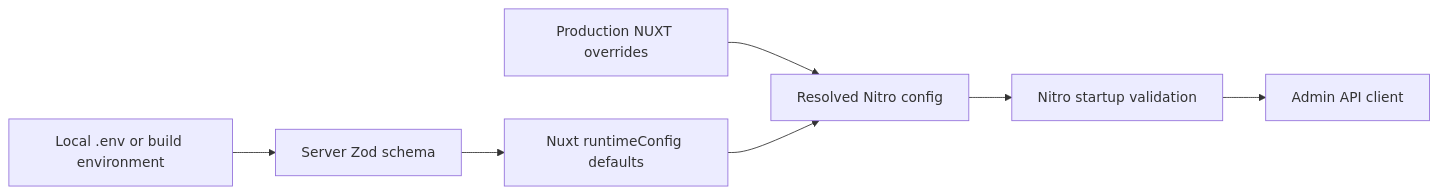
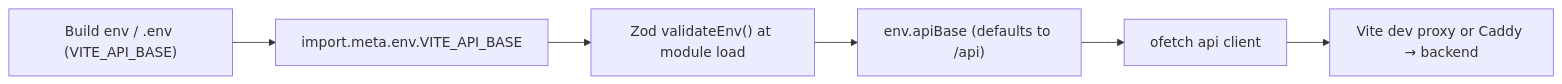
Before and after one commit to johnakisk0700/slopform: the diagram in docs/frontend.md, drawn with Mermaid. The commit also changed other lines of this file and 96 other files, not shown here.

First line of the commit message:
feat: replace the Nuxt admin with a React, HeroUI and Tailwind SPA

````diff
--- a/docs/frontend.md
+++ b/docs/frontend.md
@@ -123,9 +152,8 @@
 ```mermaid
 flowchart LR
-  local["Local .env or build environment"] --> build["Server Zod schema"]
-  build --> config["Nuxt runtimeConfig defaults"]
-  runtime["Production NUXT overrides"] --> resolved["Resolved Nitro config"]
-  config --> resolved
-  resolved --> startup["Nitro startup validation"]
-  startup --> client["Admin API client"]
+  build["Build env / .env (VITE_API_BASE)"] --> expose["import.meta.env.VITE_API_BASE"]
+  expose --> zod["Zod validateEnv() at module load"]
+  zod --> base["env.apiBase (defaults to /api)"]
+  base --> client["ofetch api client"]
+  client --> proxy["Vite dev proxy or Caddy → backend"]
 ```
````
